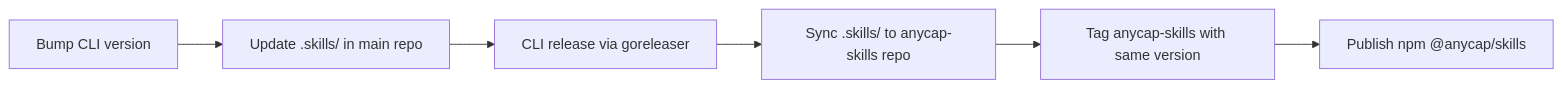
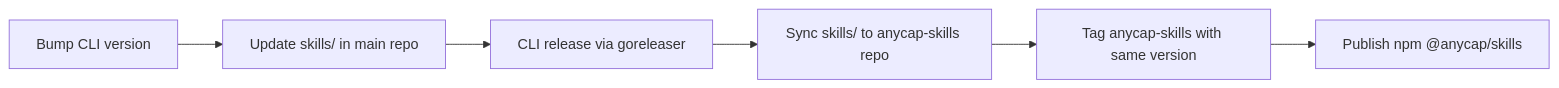
One commit to anycap-ai/anycap changed the third of 3 diagrams in docs/cli/spec/skills.md. Above: the diagram before and after it, drawn with Mermaid. The commit also changed other lines of this file and 38 other files, not shown here.

````diff
--- a/docs/cli/spec/skills.md
+++ b/docs/cli/spec/skills.md
@@ -324,8 +324,8 @@
 ```mermaid
 flowchart LR
-    A[Bump CLI version] --> B[Update .skills/ in main repo]
+    A[Bump CLI version] --> B[Update skills/ in main repo]
     B --> C[CLI release via goreleaser]
-    C --> D[Sync .skills/ to anycap-skills repo]
+    C --> D[Sync skills/ to anycap-skills repo]
     D --> E[Tag anycap-skills with same version]
     E --> F[Publish npm @anycap/skills]
 ```
````
